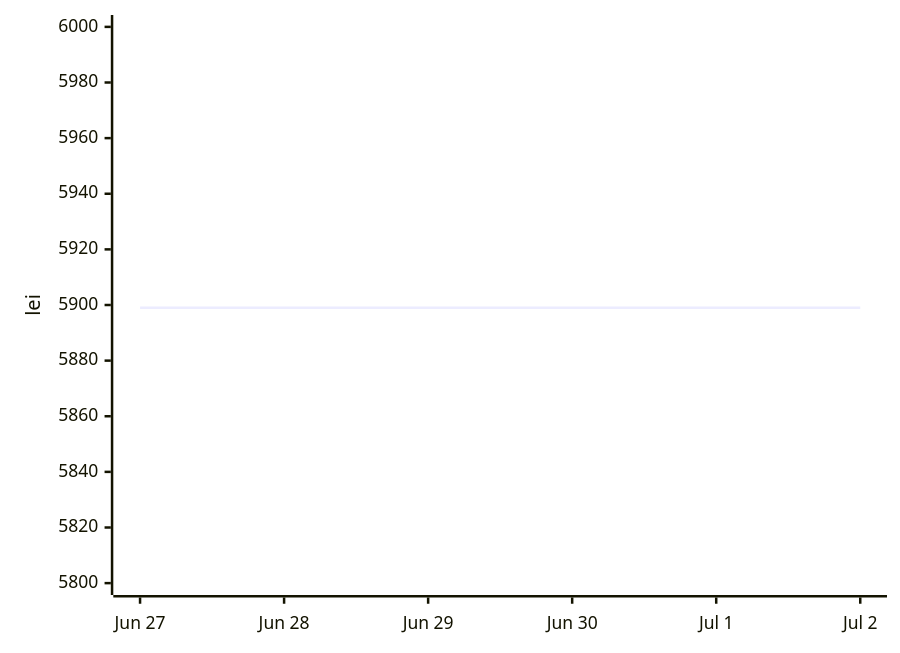
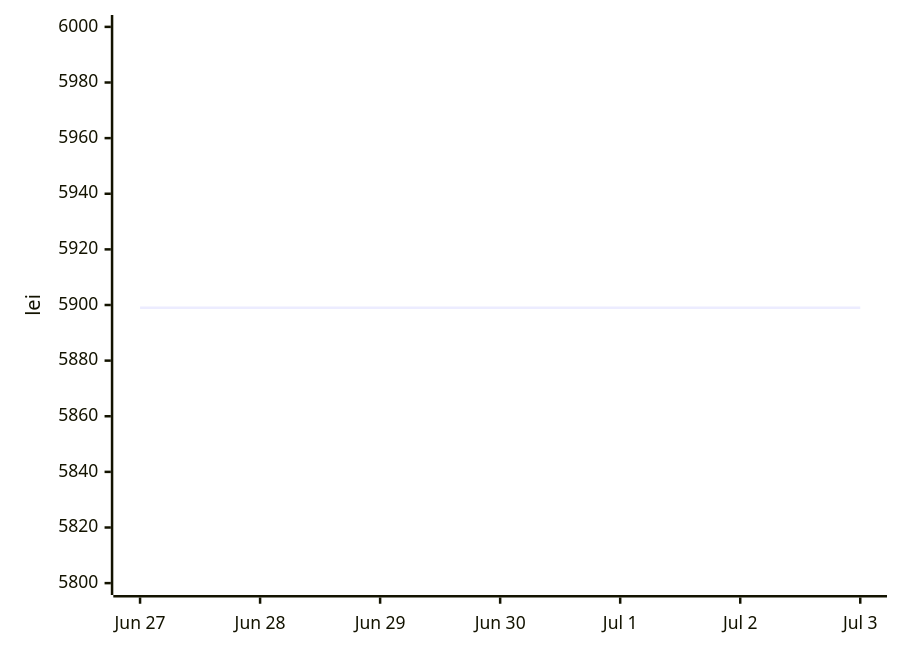
Before and after one commit to anagheioan/laptop-price-monitor: the second of 2 diagrams in README.md, drawn with Mermaid. The commit also changed other lines of this file and 1 other file, not shown here.

Commit message:
Price check 2026-07-03

````diff
--- a/README.md
+++ b/README.md
@@ -29,6 +29,6 @@
 ```mermaid
 xychart-beta
-    x-axis ["Jun 27", "Jun 28", "Jun 29", "Jun 30", "Jul 1", "Jul 2"]
+    x-axis ["Jun 27", "Jun 28", "Jun 29", "Jun 30", "Jul 1", "Jul 2", "Jul 3"]
     y-axis "lei" 5800 --> 6000
-    line [5899.0, 5899.0, 5899.0, 5899.0, 5899.0, 5899.0]
+    line [5899.0, 5899.0, 5899.0, 5899.0, 5899.0, 5899.0, 5899.0]
 ```
````
